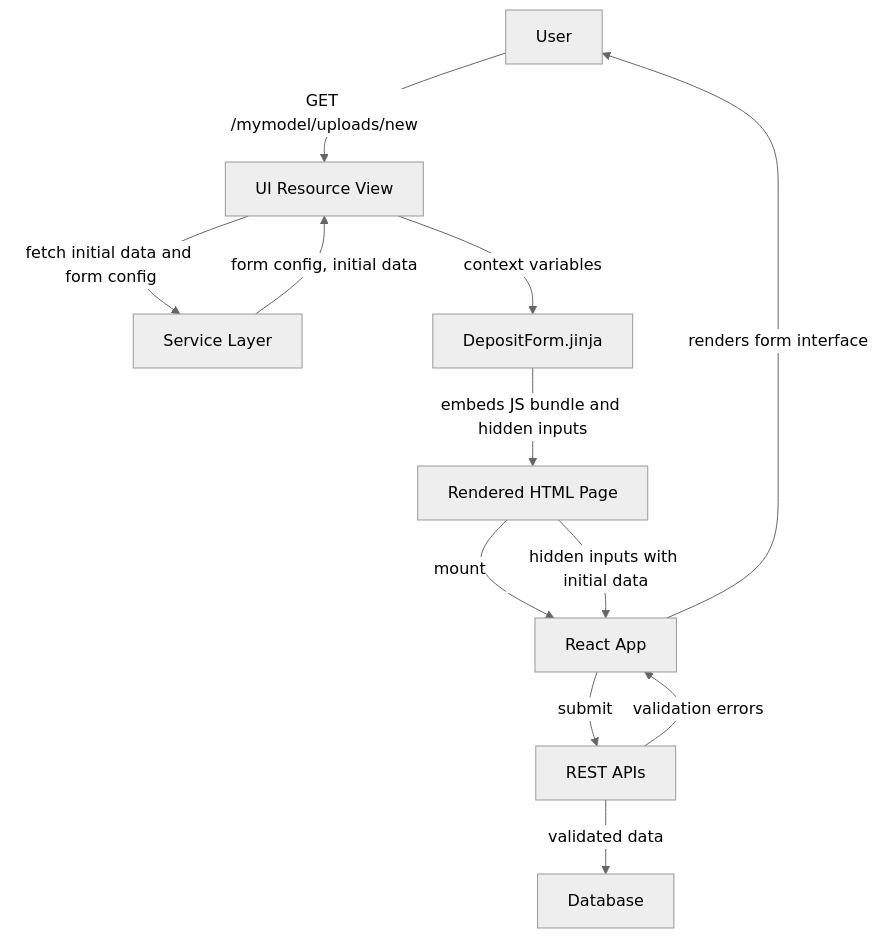
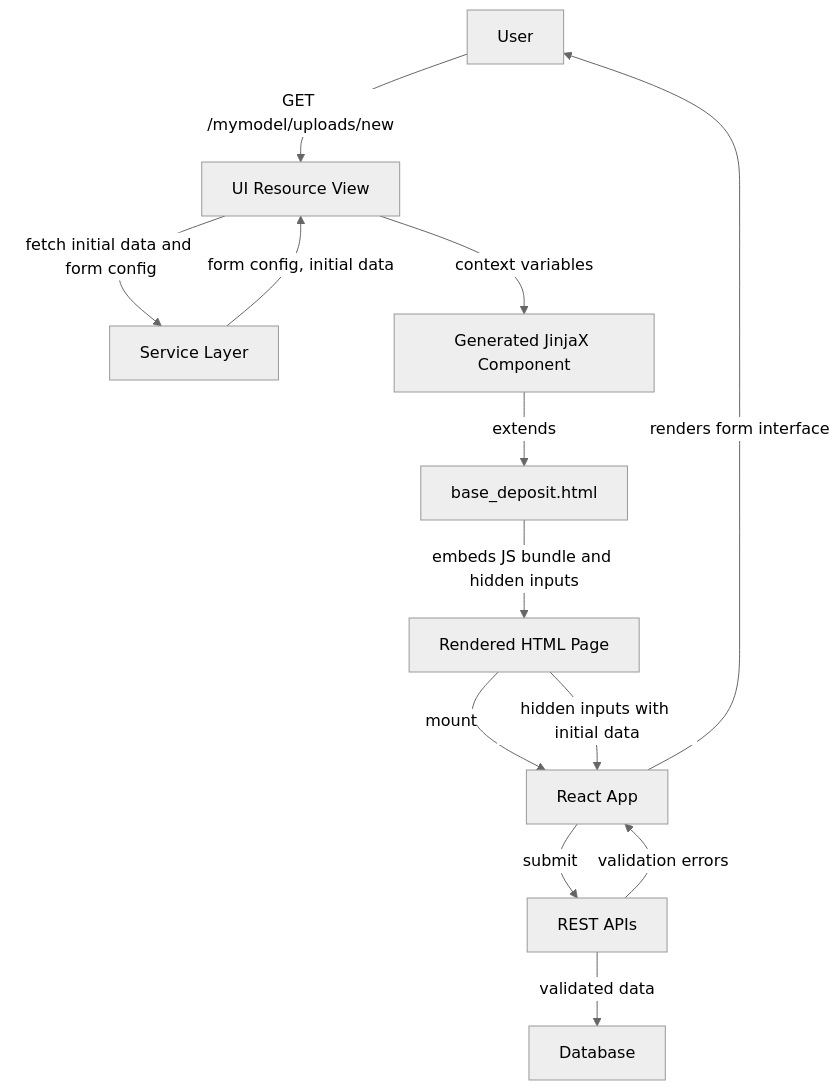
The first of 2 diagrams in content/customize/model_ui/deposit.mdx (NRP-CZ/docs), drawn with Mermaid (neutral theme) before and after one commit. The commit also changed other lines of this file and 4 other files, not shown here.

````diff
--- a/content/customize/model_ui/deposit.mdx
+++ b/content/customize/model_ui/deposit.mdx
@@ -14,14 +14,15 @@
 ```mermaid
 graph TD
     U[User] -->|GET /mymodel/uploads/new| VR[UI Resource View]
     VR -->|fetch initial data and form config| SVC[Service Layer]
     SVC -->|form config, initial data| VR
-    VR -->|context variables| DF[DepositForm.jinja]
-    DF -->|embeds JS bundle and hidden inputs| PG[Rendered HTML Page]
+    VR -->|context variables| GC[Generated JinjaX Component]
+    GC -->|extends| BD[base_deposit.html]
+    BD -->|embeds JS bundle and hidden inputs| PG[Rendered HTML Page]
     PG -->|mount| RA[React App]
     PG -->|hidden inputs with initial data| RA
     RA -->|renders form interface| U
     RA -->|submit| API[REST APIs]
     API -->|validation errors| RA
     API -->|validated data| DB[Database]
 ```
````
